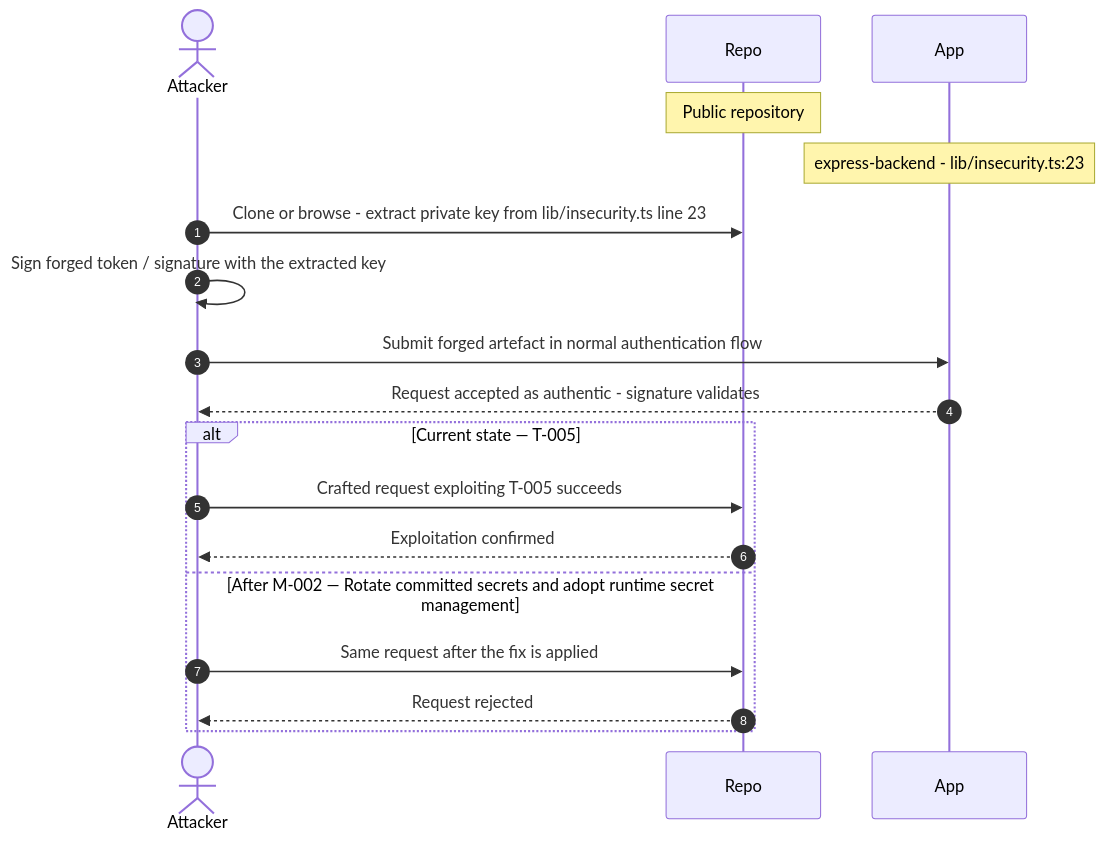
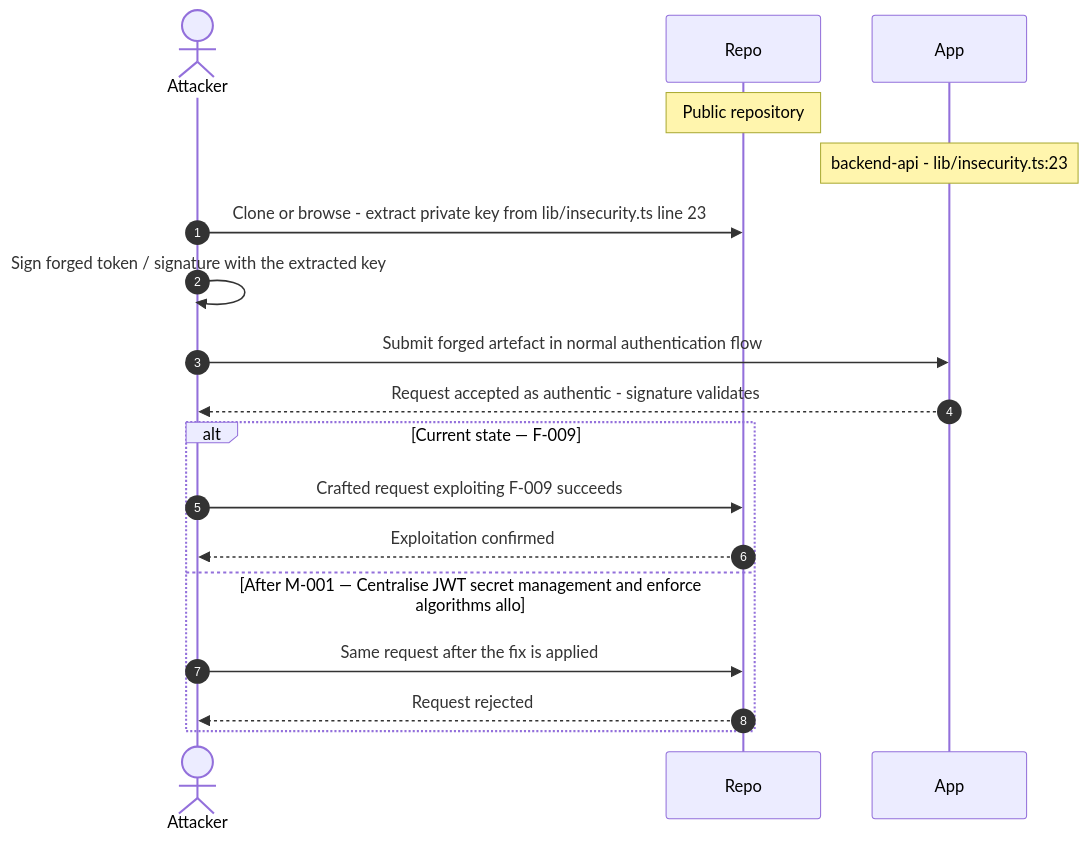
Before and after one commit to appsec-foundry/appsec-advisor: diagram 12 of 27 in examples/threat-modeler/threat-model-juice-shop-standard.md, drawn with Mermaid. The commit also changed other lines of this file and 3 other files, not shown here.

````diff
--- a/examples/threat-modeler/threat-model-juice-shop-standard.md
+++ b/examples/threat-modeler/threat-model-juice-shop-standard.md
@@ -664,20 +743,20 @@
 ```mermaid
 sequenceDiagram
     autonumber
     actor Attacker
     participant Repo
     participant App
     Note over Repo: Public repository
-    Note over App: express-backend - lib/insecurity.ts:23
+    Note over App: backend-api - lib/insecurity.ts:23
     Attacker->>Repo: Clone or browse - extract private key from lib/insecurity.ts line 23
     Attacker->>Attacker: Sign forged token / signature with the extracted key
     Attacker->>App: Submit forged artefact in normal authentication flow
     App-->>Attacker: Request accepted as authentic - signature validates
-    alt Current state — T-005
-        Attacker->>Repo: Crafted request exploiting T-005 succeeds
+    alt Current state — F-009
+        Attacker->>Repo: Crafted request exploiting F-009 succeeds
         Repo-->>Attacker: Exploitation confirmed
-    else After M-002 — Rotate committed secrets and adopt runtime secret management
+    else After M-001 — Centralise JWT secret management and enforce algorithms allo
         Attacker->>Repo: Same request after the fix is applied
         Repo-->>Attacker: Request rejected
     end
 ```
````
